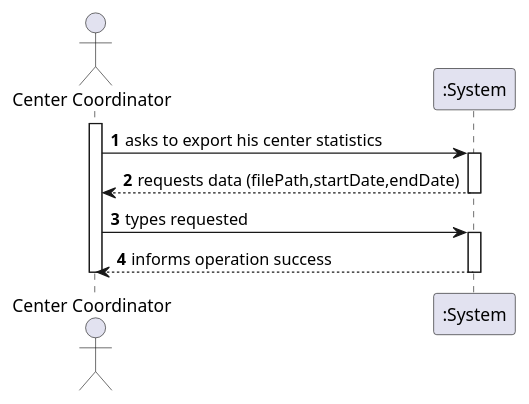
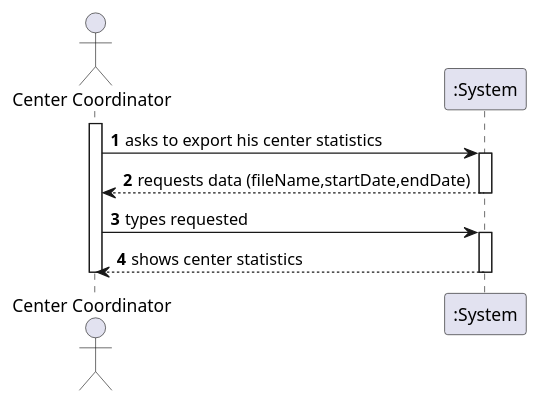
Before and after one commit to miseEnPlace-i/lapr2: the diagram in docs/SprintD/US15/SSD/US15_SSD.puml, drawn with PlantUML. The commit also changed 1 other file, not shown here.

```diff
--- a/docs/SprintD/US15/SSD/US15_SSD.puml
+++ b/docs/SprintD/US15/SSD/US15_SSD.puml
@@ -1,18 +1,18 @@
 @startuml US15_SSD
 autonumber
 actor "Center Coordinator" as COOR
 
 activate COOR
 COOR -> ":System" : asks to export his center statistics
 activate ":System"
-":System" --> COOR : requests data (filePath,startDate,endDate)
+":System" --> COOR : requests data (fileName,startDate,endDate)
 deactivate ":System"
 
 COOR -> ":System" : types requested
 activate ":System"
 
-":System" --> COOR : informs operation success
+":System" --> COOR : shows center statistics
 deactivate ":System"
 deactivate COOR
 
 @enduml
```
